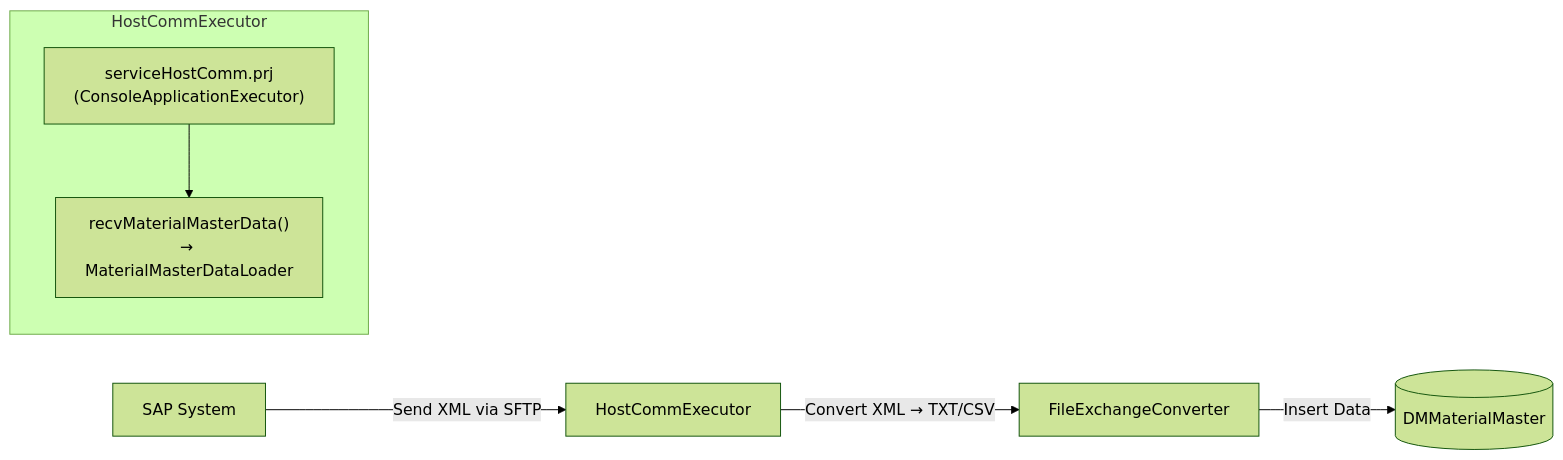
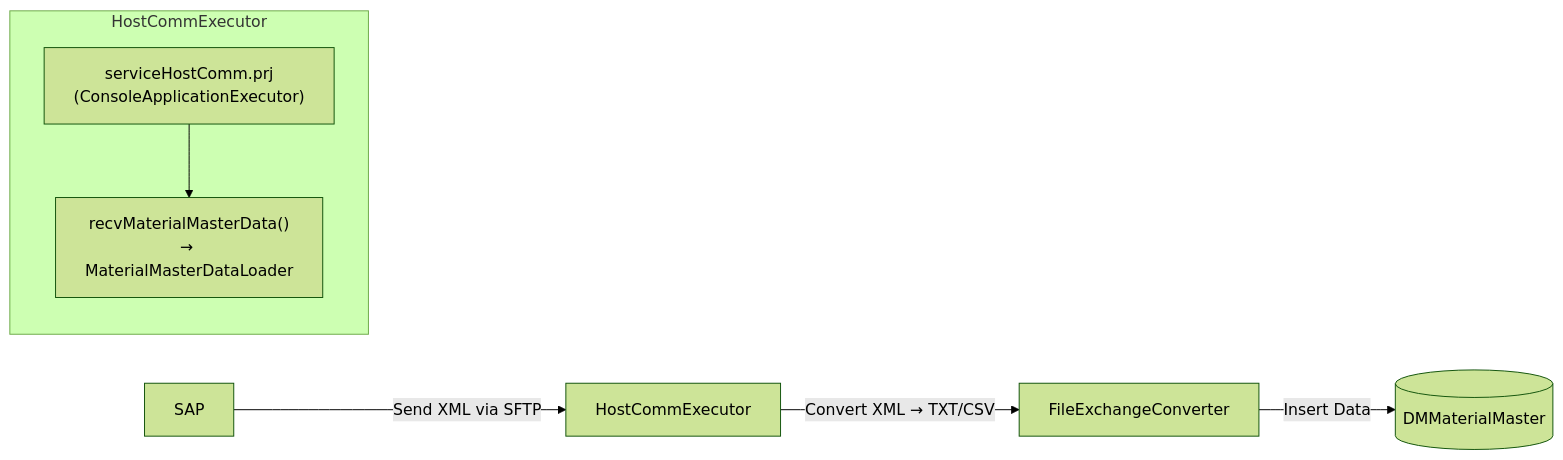
The diagram in Basic-Design/Host-Interfaces/Material-Master-Data.md (luthfiadityaa/SimeDarby-Wiki), drawn with Mermaid (forest theme) before and after one commit.

Commit message:
Updated Material Master Data

```diff
--- a/Basic-Design/Host-Interfaces/Material-Master-Data.md
+++ b/Basic-Design/Host-Interfaces/Material-Master-Data.md
@@ -11,12 +11,12 @@
 ::: mermaid
 flowchart LR
-    A[SAP System] -->|Send XML via SFTP| B[HostCommExecutor]
+    A[SAP] -->|Send XML via SFTP| B[HostCommExecutor]
     B -->|Convert XML → TXT/CSV| C[FileExchangeConverter]
     C -->|Insert Data| D[(DMMaterialMaster)]
 
     subgraph HostCommExecutor
         C1["serviceHostComm.prj<br>(ConsoleApplicationExecutor)"]
         C2["recvMaterialMasterData()<br>→ MaterialMasterDataLoader"]
         C1 --> C2
     end
 :::
```
